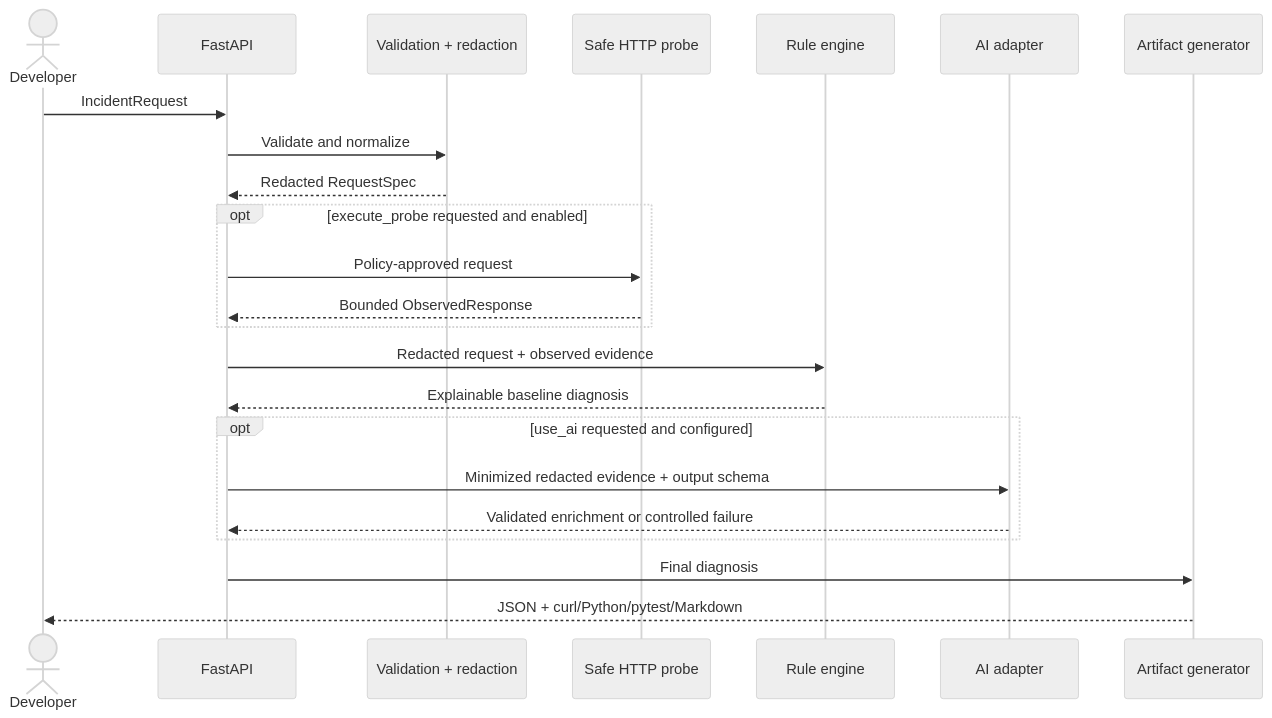
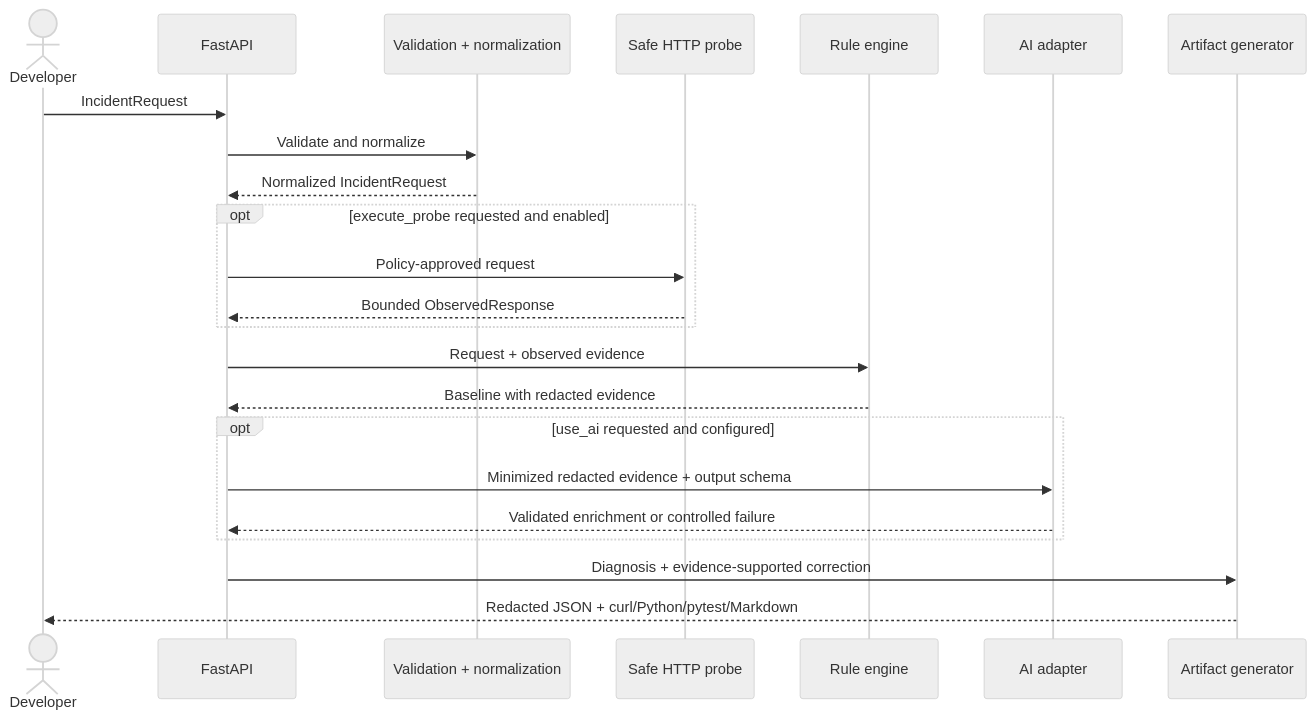
One commit to ManosTsagkos/traceaid-ai changed the second of 2 diagrams in docs/ARCHITECTURE.md. Above: the diagram before and after it, drawn with Mermaid (neutral theme). The commit also changed other lines of this file and 9 other files, not shown here.

````diff
--- a/docs/ARCHITECTURE.md
+++ b/docs/ARCHITECTURE.md
@@ -22,26 +22,26 @@
 ```mermaid
 sequenceDiagram
     actor Developer
     participant API as FastAPI
-    participant Guard as Validation + redaction
+    participant Guard as Validation + normalization
     participant Probe as Safe HTTP probe
     participant Rules as Rule engine
     participant AI as AI adapter
     participant Output as Artifact generator
 
     Developer->>API: IncidentRequest
     API->>Guard: Validate and normalize
-    Guard-->>API: Redacted RequestSpec
+    Guard-->>API: Normalized IncidentRequest
     opt execute_probe requested and enabled
         API->>Probe: Policy-approved request
         Probe-->>API: Bounded ObservedResponse
     end
-    API->>Rules: Redacted request + observed evidence
-    Rules-->>API: Explainable baseline diagnosis
+    API->>Rules: Request + observed evidence
+    Rules-->>API: Baseline with redacted evidence
     opt use_ai requested and configured
         API->>AI: Minimized redacted evidence + output schema
         AI-->>API: Validated enrichment or controlled failure
     end
-    API->>Output: Final diagnosis
-    Output-->>Developer: JSON + curl/Python/pytest/Markdown
+    API->>Output: Diagnosis + evidence-supported correction
+    Output-->>Developer: Redacted JSON + curl/Python/pytest/Markdown
 ```
````
